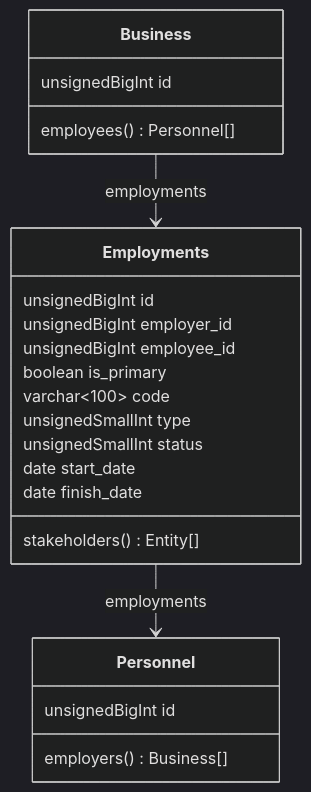
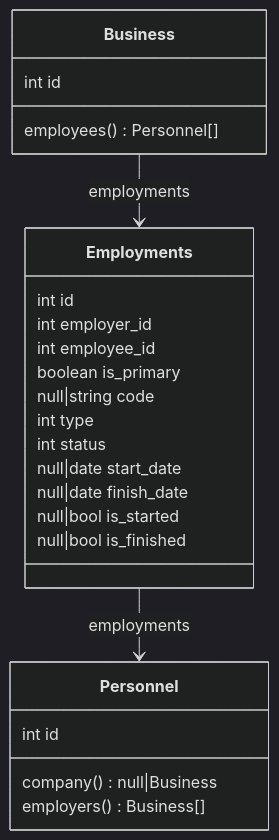
One commit to creasico/laravel-base changed the fourth of 7 diagrams in database/README.md. Above: the diagram before and after it, drawn with Mermaid (dark theme). The commit also changed other lines of this file, not shown here.

````diff
--- a/database/README.md
+++ b/database/README.md
@@ -246,26 +253,28 @@
 ```mermaid
 classDiagram
      Employments --> Personnel : employments
      Business --> Employments : employments
 
     class Business {
-        unsignedBigInt id
+        int id
         employees() Personnel[]
     }
     class Personnel {
-        unsignedBigInt id
+        int id
+        company() null|Business
         employers() Business[]
     }
     class Employments {
-        unsignedBigInt id
-        unsignedBigInt employer_id
-        unsignedBigInt employee_id
+        int id
+        int employer_id
+        int employee_id
         boolean is_primary
-        varchar~100~ code
-        unsignedSmallInt type
-        unsignedSmallInt status
-        date start_date
-        date finish_date
-        stakeholders() Entity[]
+        null|string code
+        int type
+        int status
+        null|date start_date
+        null|date finish_date
+        null|bool is_started
+        null|bool is_finished
     }
 ```
````
